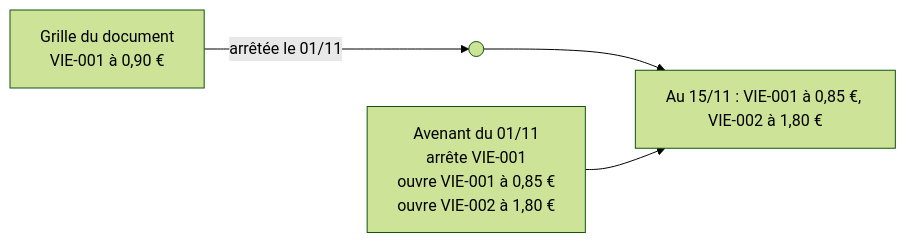
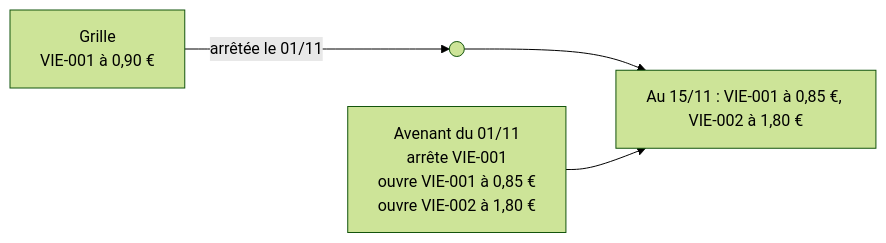
One commit to hugoheynard/lfd changed the second of 2 diagrams in documentation/pricing/mercuriales/comprendre-une-mercuriale.md. Above: the diagram before and after it, drawn with Mermaid (forest theme). The commit also changed other lines of this file and 1 other file, not shown here.

````diff
--- a/documentation/pricing/mercuriales/comprendre-une-mercuriale.md
+++ b/documentation/pricing/mercuriales/comprendre-une-mercuriale.md
@@ -277,7 +124,7 @@
 ```mermaid
 flowchart LR
-  G["Grille du document<br/>VIE-001 à 0,90 €"] -->|"arrêtée le 01/11"| X(( ))
+  G["Grille<br/>VIE-001 à 0,90 €"] -->|"arrêtée le 01/11"| X(( ))
   A["Avenant du 01/11<br/>arrête VIE-001<br/>ouvre VIE-001 à 0,85 €<br/>ouvre VIE-002 à 1,80 €"]
   X --> R["Au 15/11 : VIE-001 à 0,85 €, VIE-002 à 1,80 €"]
   A --> R
 ```
````
